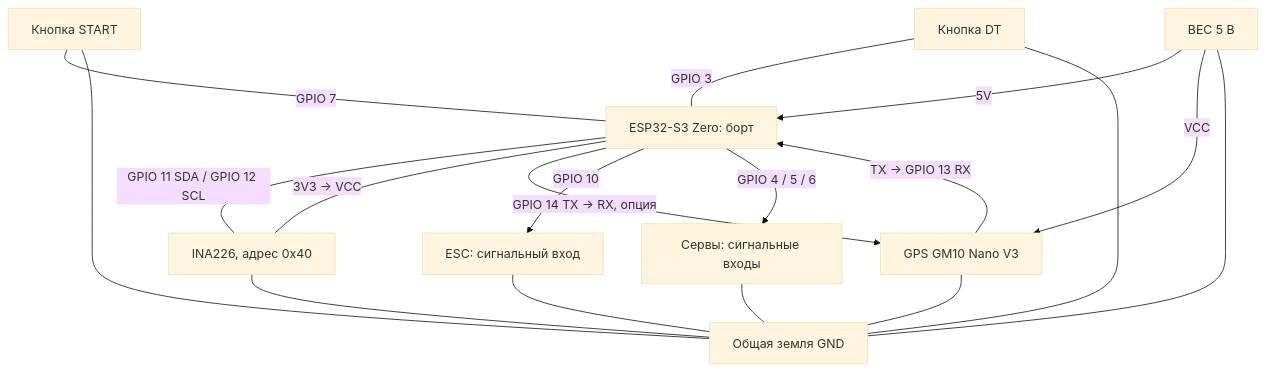
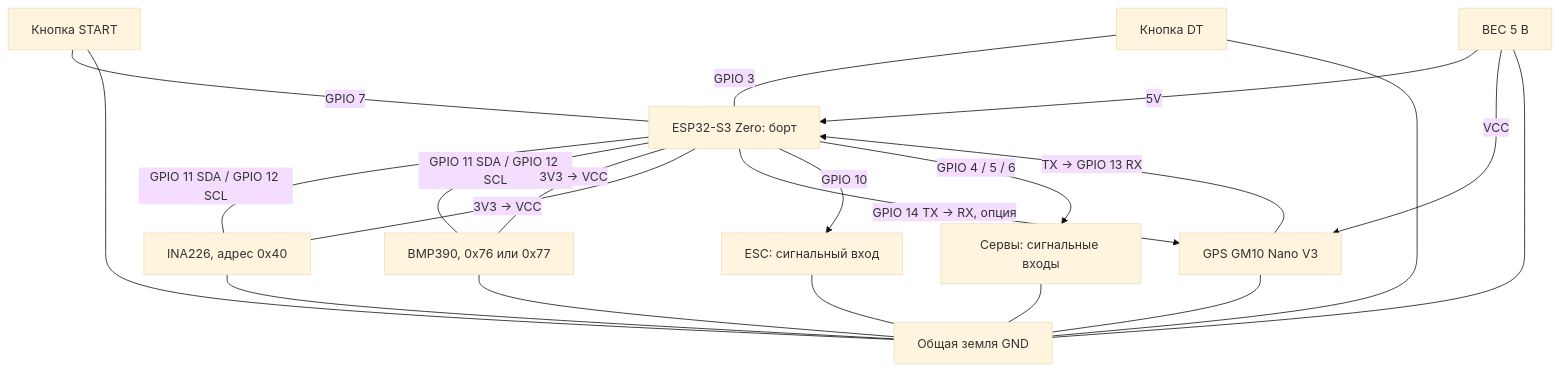
The second of 4 diagrams in README.md (kudryavtsevov/VM_T1), drawn with Mermaid (base theme) before and after one commit. The commit also changed other lines of this file and 19 other files, not shown here.

````diff
--- a/README.md
+++ b/README.md
@@ -98,21 +114,24 @@
 ```mermaid
 flowchart TB
     ESP[ESP32-S3 Zero: борт]
     Start[Кнопка START] ---|GPIO 7| ESP
     Start --- GND[Общая земля GND]
     DT[Кнопка DT] ---|GPIO 3| ESP
     DT --- GND
     ESP ---|GPIO 11 SDA / GPIO 12 SCL| INA[INA226, адрес 0x40]
+    ESP ---|GPIO 11 SDA / GPIO 12 SCL| Baro[BMP390, 0x76 или 0x77]
+    ESP ---|3V3 → VCC| Baro
+    Baro --- GND
     ESP ---|3V3 → VCC| INA
     INA --- GND
     GPS[GPS GM10 Nano V3] -->|TX → GPIO 13 RX| ESP
     ESP -->|GPIO 14 TX → RX, опция| GPS
     BEC[BEC 5 В] -->|5V| ESP
     BEC -->|VCC| GPS
     BEC --- GND
     GPS --- GND
     ESP -->|GPIO 10| ESC[ESC: сигнальный вход]
     ESP -->|GPIO 4 / 5 / 6| Servo[Сервы: сигнальные входы]
     ESC --- GND
     Servo --- GND
 ```
````
